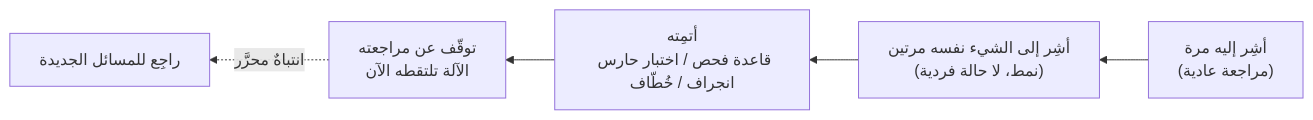
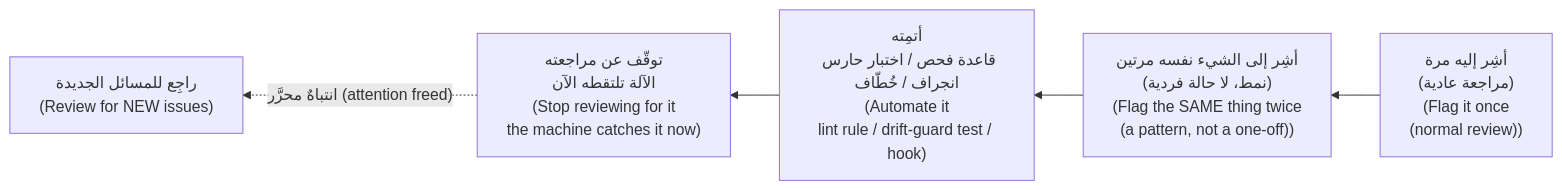
Before and after one commit to Tamoura/system-design-for-vibe-coders: the third of 8 diagrams in modules/09-directing-ai-team/module.ar.md, drawn with Mermaid. The commit also changed other lines of this file and 62 other files, not shown here.

First line of the commit message:
Arabic editions: English on every diagram label, RTL fixes, rebuild

````diff
--- a/modules/09-directing-ai-team/module.ar.md
+++ b/modules/09-directing-ai-team/module.ar.md
@@ -224,7 +224,7 @@
 ```mermaid
 flowchart RL
-    F1["أشِر إليه مرة<br/>(مراجعة عادية)"] --> F2["أشِر إلى الشيء نفسه مرتين<br/>(نمط، لا حالة فردية)"]
-    F2 --> A["أتمِته<br/>قاعدة فحص / اختبار حارس انجراف / خُطّاف"]
-    A --> S["توقّف عن مراجعته<br/>الآلة تلتقطه الآن"]
-    S -.انتباهٌ محرَّر.-> N["راجِع للمسائل الجديدة"]
+    F1["أشِر إليه مرة<br/>(مراجعة عادية)<br/>(Flag it once<br/>(normal review))"] --> F2["أشِر إلى الشيء نفسه مرتين<br/>(نمط، لا حالة فردية)<br/>(Flag the SAME thing twice<br/>(a pattern, not a one-off))"]
+    F2 --> A["أتمِته<br/>قاعدة فحص / اختبار حارس انجراف / خُطّاف<br/>(Automate it<br/>lint rule / drift-guard test / hook)"]
+    A --> S["توقّف عن مراجعته<br/>الآلة تلتقطه الآن<br/>(Stop reviewing for it<br/>the machine catches it now)"]
+    S -.->|"انتباهٌ محرَّر (attention freed)"| N["راجِع للمسائل الجديدة<br/>(Review for NEW issues)"]
 ```
````
